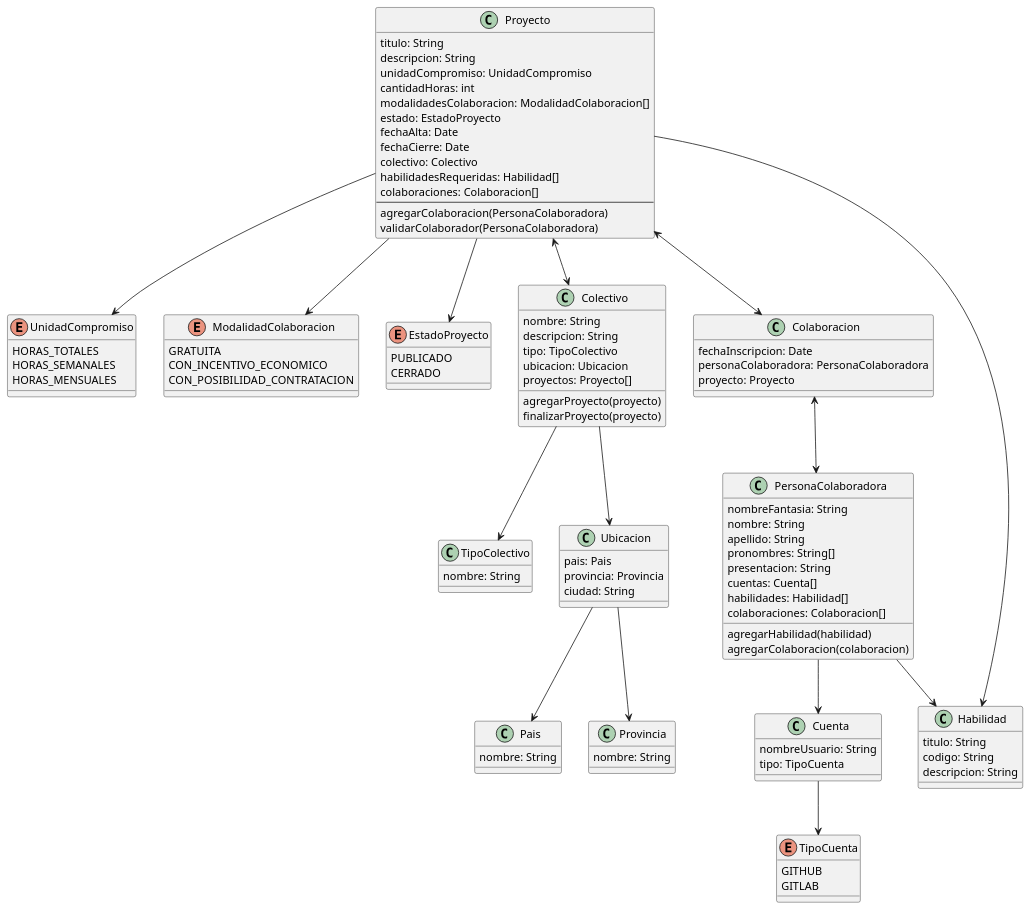
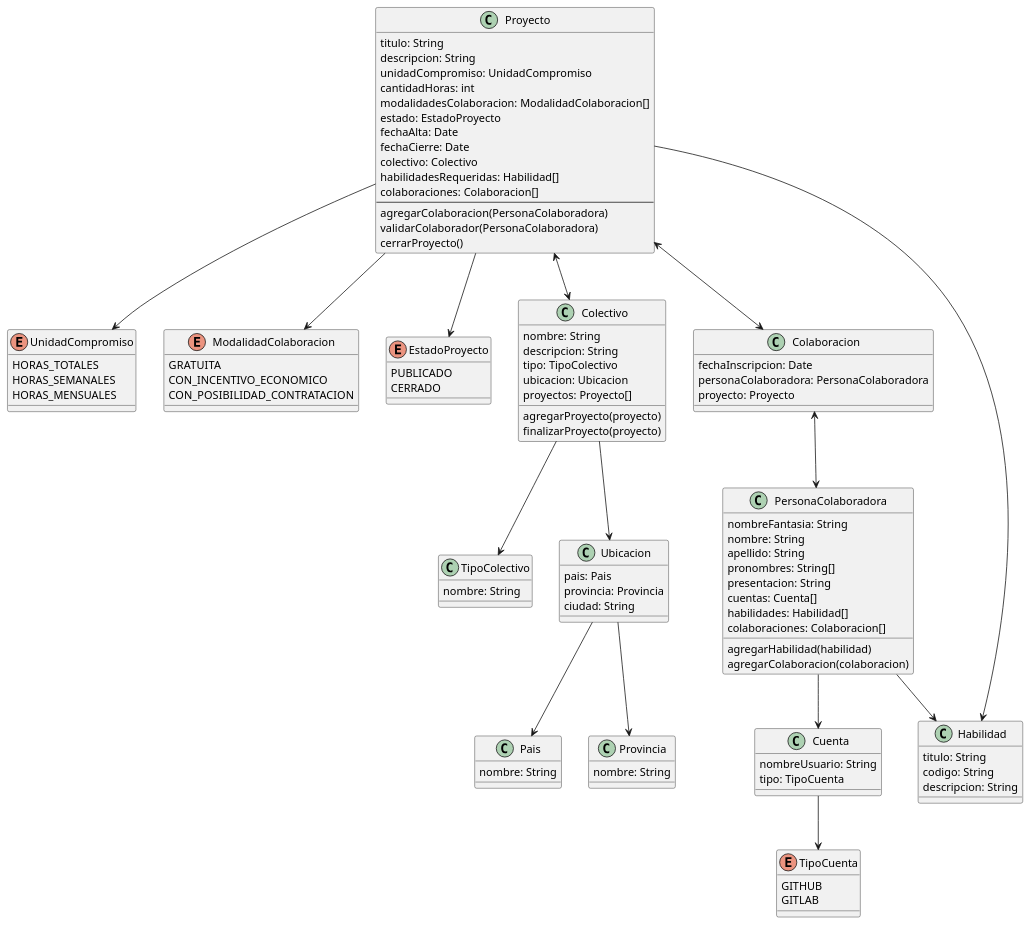
One commit to ejdavenheimer/2026-2c-lu-sa-grupo-9 changed the diagram in designs/diagrama-clases.puml. Above: the diagram before and after it, drawn with PlantUML.

Commit message:
docs: se agrega el metodo cerrarProyecto() al diagrama

```diff
--- a/designs/diagrama-clases.puml
+++ b/designs/diagrama-clases.puml
@@ -1,121 +1,122 @@
 @startuml diagrama-clases
 
 enum UnidadCompromiso {
     HORAS_TOTALES
     HORAS_SEMANALES
     HORAS_MENSUALES
 }
 
 enum ModalidadColaboracion {
     GRATUITA
     CON_INCENTIVO_ECONOMICO
     CON_POSIBILIDAD_CONTRATACION
 }
 
 enum TipoCuenta {
     GITHUB
     GITLAB
 }
 
 enum EstadoProyecto {
     PUBLICADO
     CERRADO
 }
 
 class Colectivo {
     nombre: String
     descripcion: String
     tipo: TipoColectivo
     ubicacion: Ubicacion
     proyectos: Proyecto[]
     agregarProyecto(proyecto)
     finalizarProyecto(proyecto)
 }
 class TipoColectivo {
     nombre: String
 }
 
 class Ubicacion {
     pais: Pais
     provincia: Provincia
     ciudad: String
 }
 
 class Pais {
     nombre: String
 }
 
 class Provincia {
     nombre: String
 }
 
 class Proyecto {
     titulo: String
     descripcion: String
     unidadCompromiso: UnidadCompromiso
     cantidadHoras: int
     modalidadesColaboracion: ModalidadColaboracion[]
     estado: EstadoProyecto
     fechaAlta: Date
     fechaCierre: Date
     colectivo: Colectivo
     habilidadesRequeridas: Habilidad[]
     colaboraciones: Colaboracion[]
     --
     agregarColaboracion(PersonaColaboradora) 
 '   se instancia la colaboracion y se pasa por parametro la persona colaboradora
     validarColaborador(PersonaColaboradora)
+    cerrarProyecto()
 }
 
 class Colaboracion {
     fechaInscripcion: Date
     personaColaboradora: PersonaColaboradora
     proyecto: Proyecto
 }
 
 class PersonaColaboradora {
     nombreFantasia: String
     nombre: String
     apellido: String
     pronombres: String[]
     presentacion: String
     cuentas: Cuenta[]
     habilidades: Habilidad[]
     colaboraciones: Colaboracion[]
     agregarHabilidad(habilidad)
     agregarColaboracion(colaboracion)
 }
 
 class Habilidad {
     titulo: String
     codigo: String
     descripcion: String
 }
 
 class Cuenta {
     nombreUsuario: String
     tipo: TipoCuenta
 }
 
 Colectivo --> TipoColectivo
 Colectivo --> Ubicacion
 
 Ubicacion --> Pais
 Ubicacion -->Provincia
 
 Proyecto <--> Colectivo
 Proyecto <--> Colaboracion
 Proyecto --> Habilidad
 Proyecto --> EstadoProyecto
 Proyecto --> ModalidadColaboracion
 Proyecto --> UnidadCompromiso
 
 Colaboracion <--> PersonaColaboradora
 
 PersonaColaboradora --> Habilidad
 PersonaColaboradora --> Cuenta
 
 Cuenta --> TipoCuenta
 
 
 @enduml
```
